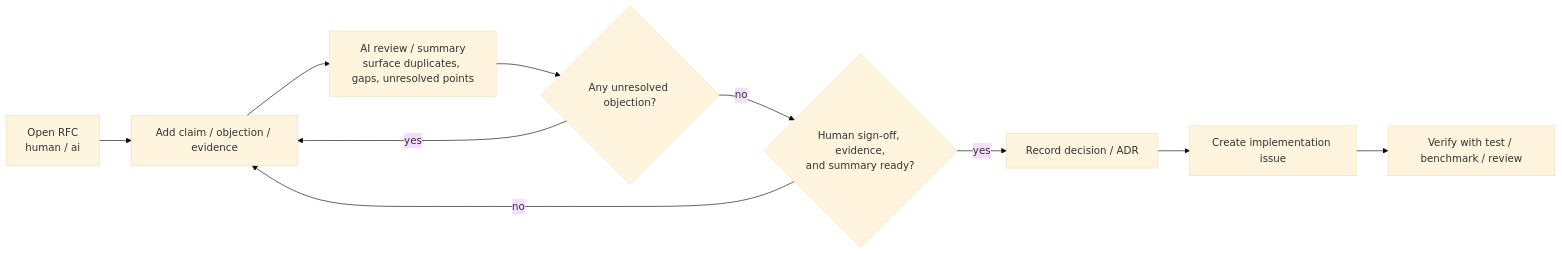
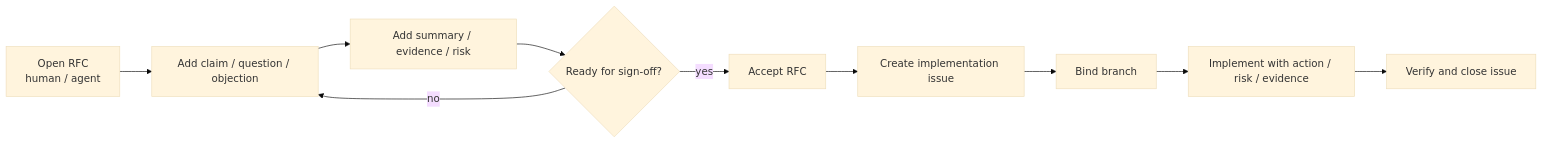
The diagram in README.md (tmineno/gitforum), drawn with Mermaid before and after one commit. The commit also changed other lines of this file and 5 other files, not shown here.

Commit message:
Refocus docs around RFC-first human-agent workflow

````diff
--- a/README.md
+++ b/README.md
@@ -8,18 +12,18 @@
 ```mermaid
 ---
 config:
-  theme: 'base'
+  theme: "base"
   themeVariables:
     fontSize: 16px
 ---
 flowchart LR
-    A[Open RFC<br/>human / ai] --> B[Add claim / objection / evidence]
-    B --> C[AI review / summary<br/>surface duplicates, gaps, unresolved points]
-    C --> D{Any unresolved objection?}
-    D -- yes --> B
-    D -- no --> E{Human sign-off, evidence,<br/>and summary ready?}
-    E -- no --> B
-    E -- yes --> F[Record decision / ADR]
-    F --> G[Create implementation issue]
-    G --> H[Verify with test / benchmark / review]
+    A[Open RFC<br/>human / agent] --> B[Add claim / question / objection]
+    B --> C[Add summary / evidence / risk]
+    C --> D{Ready for sign-off?}
+    D -- no --> B
+    D -- yes --> E[Accept RFC]
+    E --> F[Create implementation issue]
+    F --> G[Bind branch]
+    G --> H[Implement with action / risk / evidence]
+    H --> I[Verify and close issue]
 ```
````
